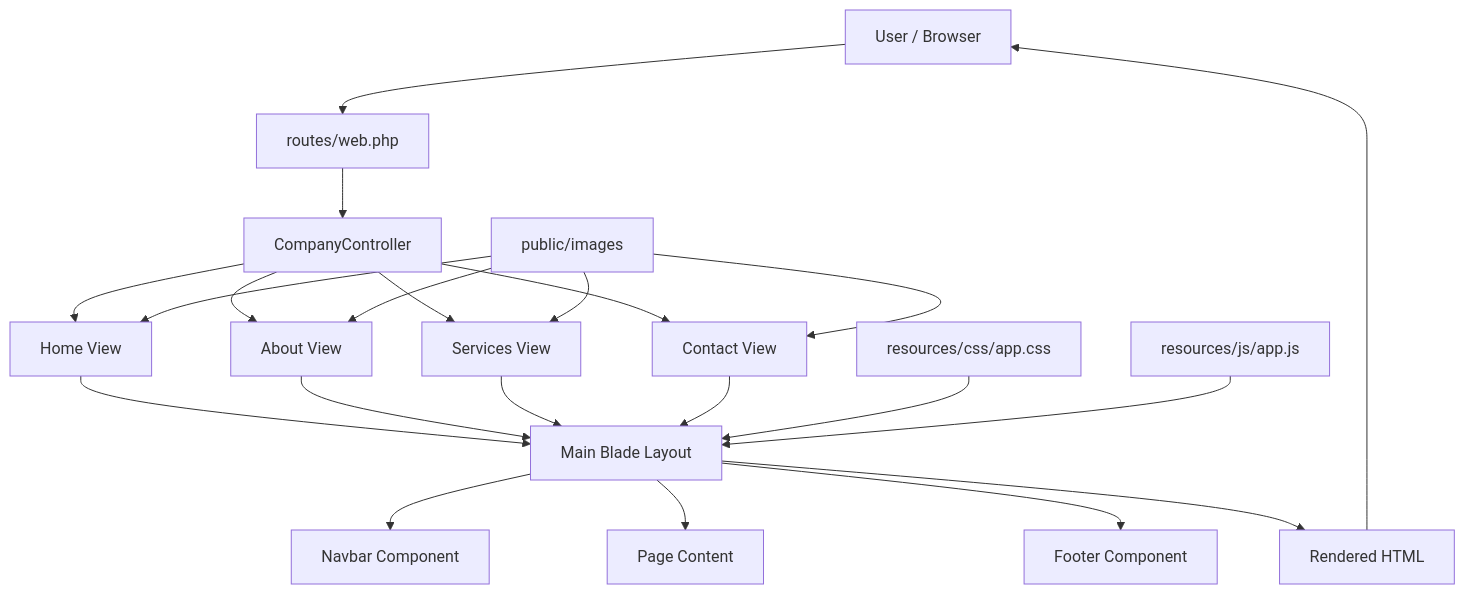
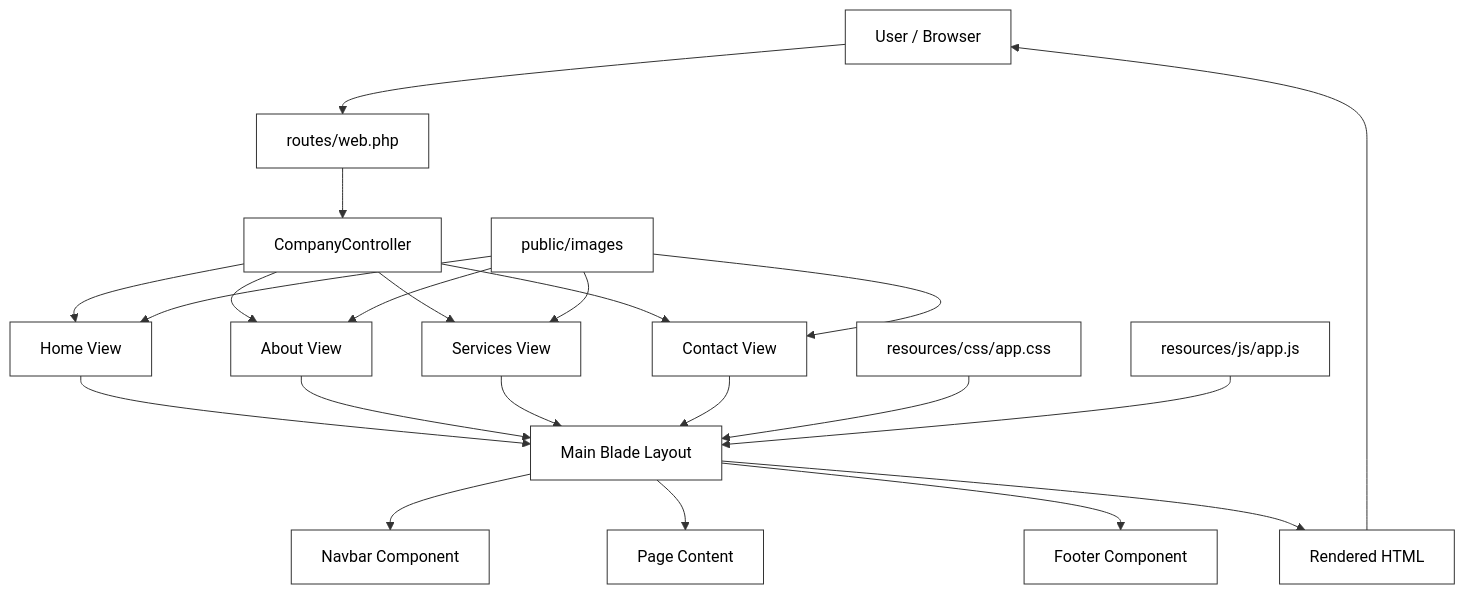
Before and after one commit to Dhenzelrainn/week03-company-profile: the diagram in README.md, drawn with Mermaid. The commit also changed other lines of this file, not shown here.

Commit message:
docs: update MVC architecture and diagram

````diff
--- a/README.md
+++ b/README.md
@@ -255,30 +255,47 @@
 ```mermaid
 flowchart TD
     A[User / Browser] --> B[routes/web.php]
 
     B --> C[CompanyController]
 
     C --> D[Home View]
     C --> E[About View]
     C --> F[Services View]
     C --> G[Contact View]
 
     D --> H[Main Blade Layout]
     E --> H
     F --> H
     G --> H
 
     H --> I[Navbar Component]
     H --> J[Page Content]
     H --> K[Footer Component]
 
     L[resources/css/app.css] --> H
     M[resources/js/app.js] --> H
+
     N[public/images] --> D
     N --> E
     N --> F
     N --> G
 
     H --> O[Rendered HTML]
     O --> A
+
+    style A fill:#ffffff,color:#000000,stroke:#333333
+    style B fill:#ffffff,color:#000000,stroke:#333333
+    style C fill:#ffffff,color:#000000,stroke:#333333
+    style D fill:#ffffff,color:#000000,stroke:#333333
+    style E fill:#ffffff,color:#000000,stroke:#333333
+    style F fill:#ffffff,color:#000000,stroke:#333333
+    style G fill:#ffffff,color:#000000,stroke:#333333
+    style H fill:#ffffff,color:#000000,stroke:#333333
+    style I fill:#ffffff,color:#000000,stroke:#333333
+    style J fill:#ffffff,color:#000000,stroke:#333333
+    style K fill:#ffffff,color:#000000,stroke:#333333
+    style L fill:#ffffff,color:#000000,stroke:#333333
+    style M fill:#ffffff,color:#000000,stroke:#333333
+    style N fill:#ffffff,color:#000000,stroke:#333333
+    style O fill:#ffffff,color:#000000,stroke:#333333
 ```
````
